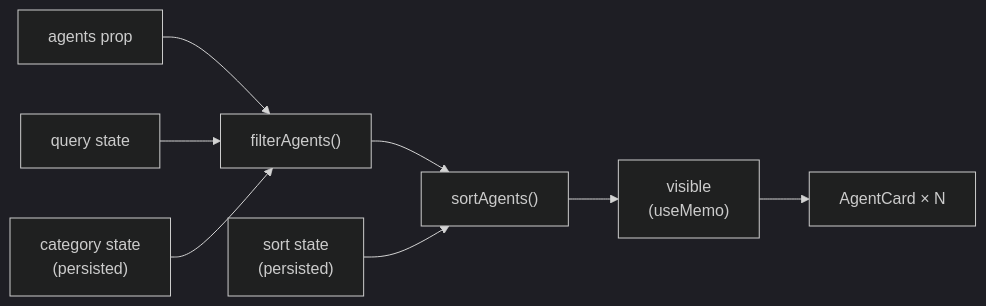
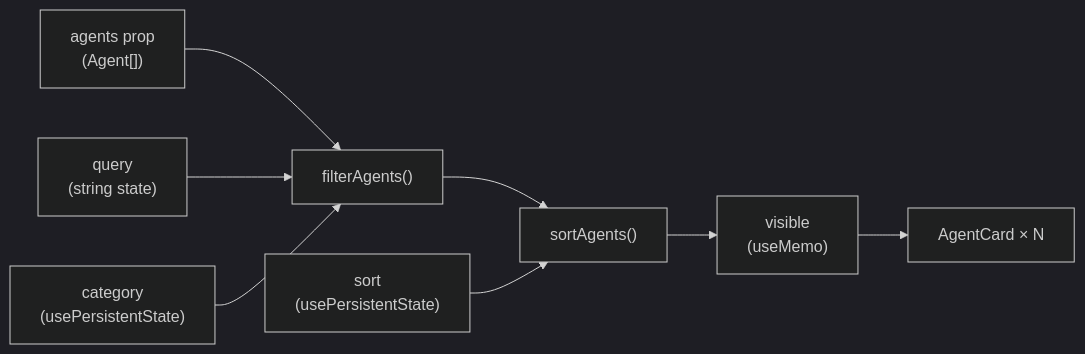
One commit to Gunashekharp/sdlc-sample-worflow changed the diagram in docs-site/src/content/docs/frontend/lib.md. Above: the diagram before and after it, drawn with Mermaid (dark theme). The commit also changed other lines of this file and 52 other files, not shown here.

````diff
--- a/docs-site/src/content/docs/frontend/lib.md
+++ b/docs-site/src/content/docs/frontend/lib.md
@@ -70,19 +68,19 @@
 ```mermaid
 flowchart LR
-  prop["agents prop"]
-  query["query state"]
-  cat["category state\n(persisted)"]
-  sort["sort state\n(persisted)"]
+  prop["agents prop\n(Agent[])"]
+  query["query\n(string state)"]
+  cat["category\n(usePersistentState)"]
+  sort["sort\n(usePersistentState)"]
   filter["filterAgents()"]
   sortFn["sortAgents()"]
   memo["visible\n(useMemo)"]
   cards["AgentCard × N"]
 
   prop --> filter
   query --> filter
   cat --> filter
   filter --> sortFn
   sort --> sortFn
   sortFn --> memo
   memo --> cards
 ```
````
